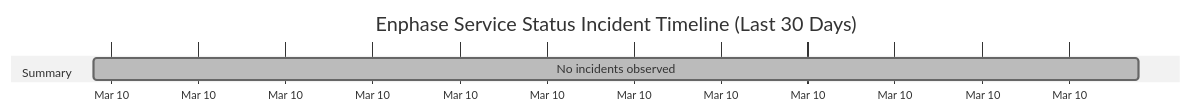
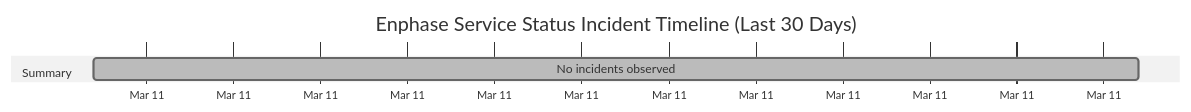
One commit to barneyonline/ha-enphase-ev-charger changed the diagram in wiki/Service-Status-History.md. Above: the diagram before and after it, drawn with Mermaid (neutral theme). The commit also changed other lines of this file and 3 other files, not shown here.

````diff
--- a/wiki/Service-Status-History.md
+++ b/wiki/Service-Status-History.md
@@ -14,8 +14,8 @@
 ```mermaid
 gantt
     title Enphase Service Status Incident Timeline (Last 30 Days)
     dateFormat  YYYY-MM-DDTHH:mm:ss
     axisFormat  %b %d
     section Summary
-    No incidents observed :done, 2026-03-10T23:19:24, 1m
+    No incidents observed :done, 2026-03-11T01:10:27, 1m
 ```
````
